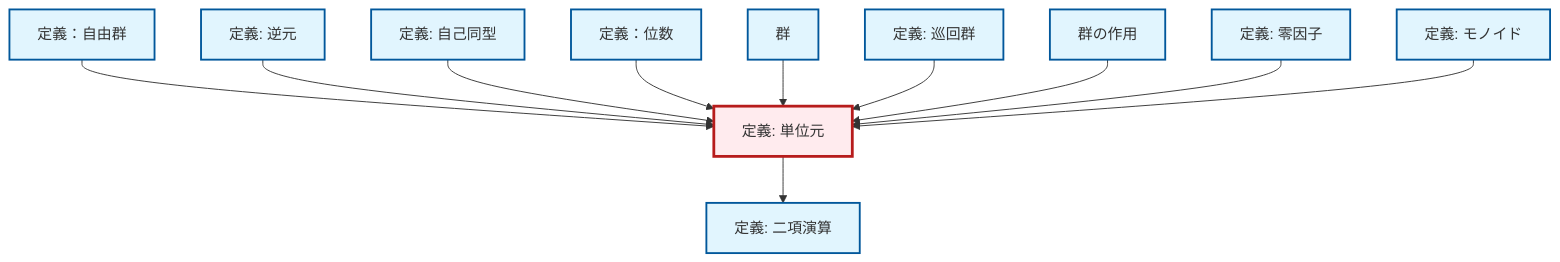
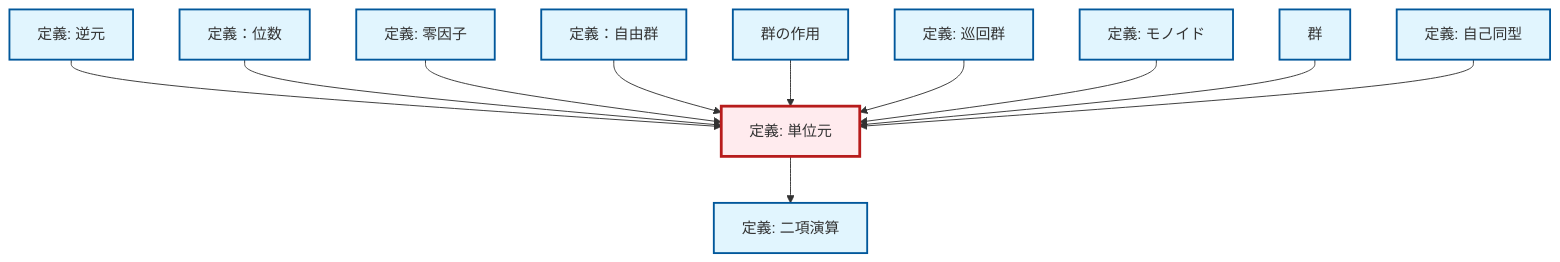
Before and after one commit to RK0429/ModernMath: the diagram in content/ja/algebra/def-identity-element.qmd, drawn with Mermaid. The commit also changed 672 other files, not shown here.

````diff
--- a/content/ja/algebra/def-identity-element.qmd
+++ b/content/ja/algebra/def-identity-element.qmd
@@ -81,41 +81,41 @@
 ```{mermaid}
-%%| fig-cap: "Local dependency graph"
+%%| fig-cap: "ローカル依存関係グラフ"
 graph TD
     classDef definition fill:#e1f5fe,stroke:#01579b,stroke-width:2px
     classDef theorem fill:#f3e5f5,stroke:#4a148c,stroke-width:2px
     classDef axiom fill:#fff3e0,stroke:#e65100,stroke-width:2px
     classDef example fill:#e8f5e9,stroke:#1b5e20,stroke-width:2px
     classDef current fill:#ffebee,stroke:#b71c1c,stroke-width:3px
-    def-identity-element["定義: 単位元"]:::definition
-    def-binary-operation["定義: 二項演算"]:::definition
     def-inverse-element["定義: 逆元"]:::definition
-    def-free-group["定義：自由群"]:::definition
     def-cyclic-group["定義: 巡回群"]:::definition
     def-order["定義：位数"]:::definition
+    def-binary-operation["定義: 二項演算"]:::definition
+    def-automorphism["定義: 自己同型"]:::definition
+    def-monoid["定義: モノイド"]:::definition
+    def-free-group["定義：自由群"]:::definition
+    def-zero-divisor["定義: 零因子"]:::definition
+    def-identity-element["定義: 単位元"]:::definition
+    def-group["群"]:::definition
     def-group-action["群の作用"]:::definition
-    def-monoid["定義: モノイド"]:::definition
-    def-automorphism["定義: 自己同型"]:::definition
-    def-group["群"]:::definition
-    def-zero-divisor["定義: 零因子"]:::definition
+    def-inverse-element --> def-identity-element
+    def-order --> def-identity-element
+    def-zero-divisor --> def-identity-element
     def-free-group --> def-identity-element
-    def-inverse-element --> def-identity-element
+    def-group-action --> def-identity-element
+    def-cyclic-group --> def-identity-element
+    def-monoid --> def-identity-element
     def-identity-element --> def-binary-operation
+    def-group --> def-identity-element
     def-automorphism --> def-identity-element
-    def-order --> def-identity-element
-    def-group --> def-identity-element
-    def-cyclic-group --> def-identity-element
-    def-group-action --> def-identity-element
-    def-zero-divisor --> def-identity-element
-    def-monoid --> def-identity-element
     class def-identity-element current
-    click def-binary-operation "def-binary-operation.html" "二項演算の定義へ"
     click def-inverse-element "def-inverse-element.html" "逆元の定義へ"
-    click def-free-group "def-free-group.html" "定義：自由群へ"
     click def-cyclic-group "def-cyclic-group.html" "巡回群の定義へ"
     click def-order "def-order.html" "定義：位数へ"
+    click def-binary-operation "def-binary-operation.html" "二項演算の定義へ"
+    click def-automorphism "def-automorphism.html" "自己同型の定義へ"
+    click def-monoid "def-monoid.html" "モノイドの定義へ"
+    click def-free-group "def-free-group.html" "定義：自由群へ"
+    click def-zero-divisor "def-zero-divisor.html" "零因子の定義へ"
+    click def-group "def-group.html" "群へ"
     click def-group-action "def-group-action.html" "群の作用へ"
-    click def-monoid "def-monoid.html" "モノイドの定義へ"
-    click def-automorphism "def-automorphism.html" "自己同型の定義へ"
-    click def-group "def-group.html" "群へ"
-    click def-zero-divisor "def-zero-divisor.html" "零因子の定義へ"
 ```
````
